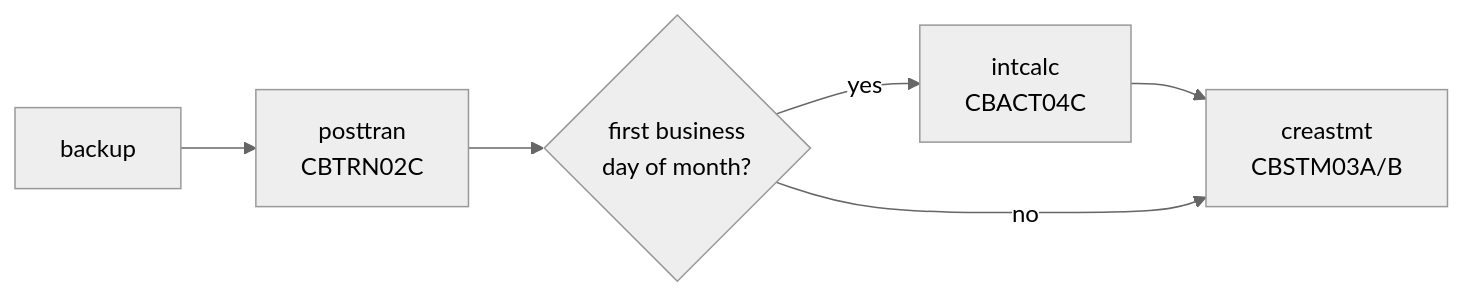
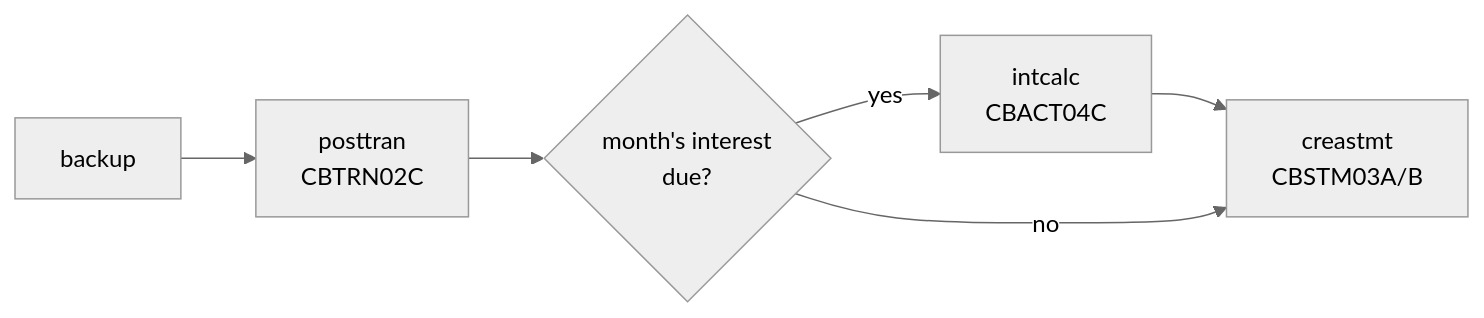
The second of 2 diagrams in modernization/architecture.md (factory-aj-pahl/carddemo-modernization), drawn with Mermaid (neutral theme) before and after one commit. The commit also changed other lines of this file and 11 other files, not shown here.

First line of the commit message:
Schedule the daily cycle and catch up a missed month's interest

````diff
--- a/modernization/architecture.md
+++ b/modernization/architecture.md
@@ -176,6 +176,6 @@
 ```mermaid
 flowchart LR
-    S[backup] --> P[posttran<br/>CBTRN02C] --> M{first business<br/>day of month?}
+    S[backup] --> P[posttran<br/>CBTRN02C] --> M{month's interest<br/>due?}
     M -->|yes| I[intcalc<br/>CBACT04C] --> ST[creastmt<br/>CBSTM03A/B]
     M -->|no| ST
 ```
````
